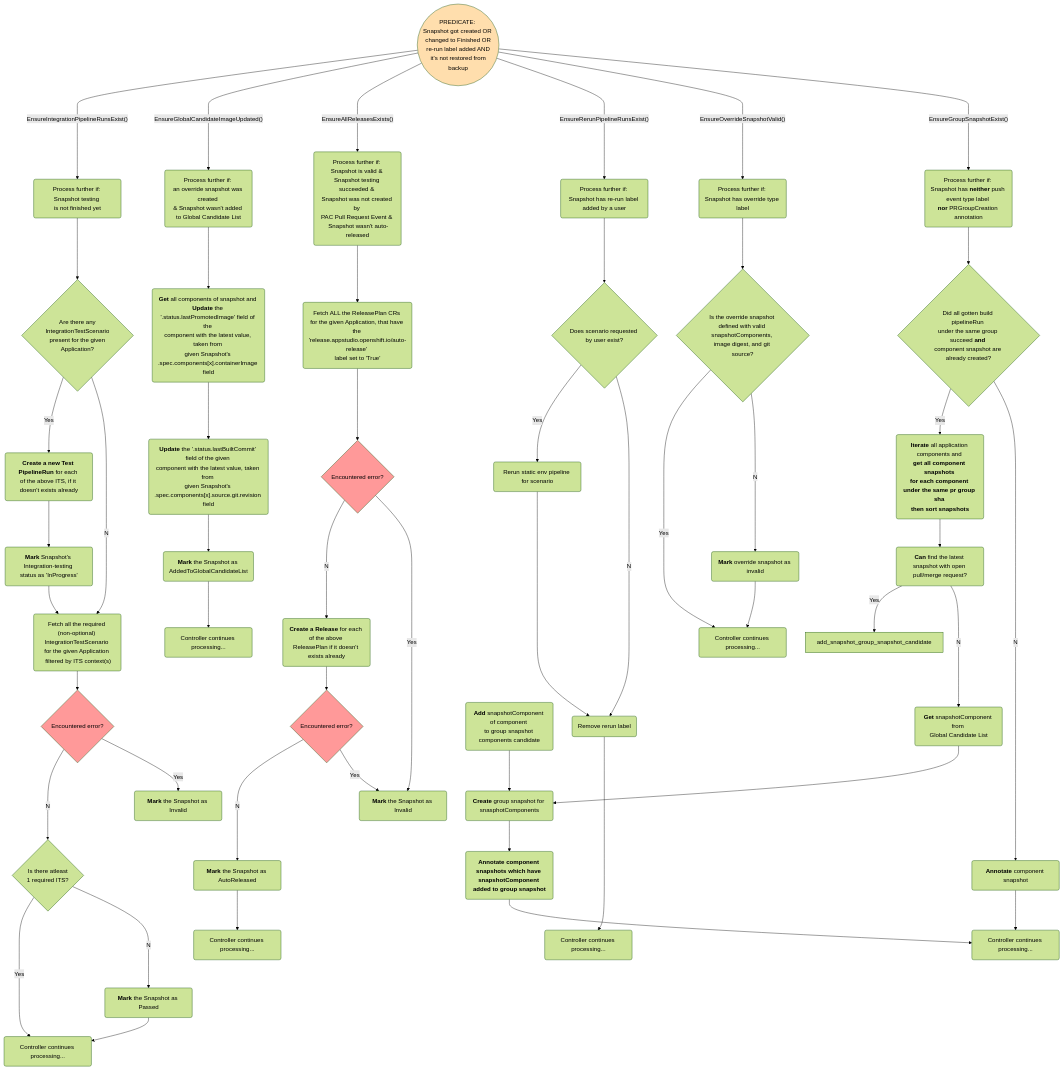
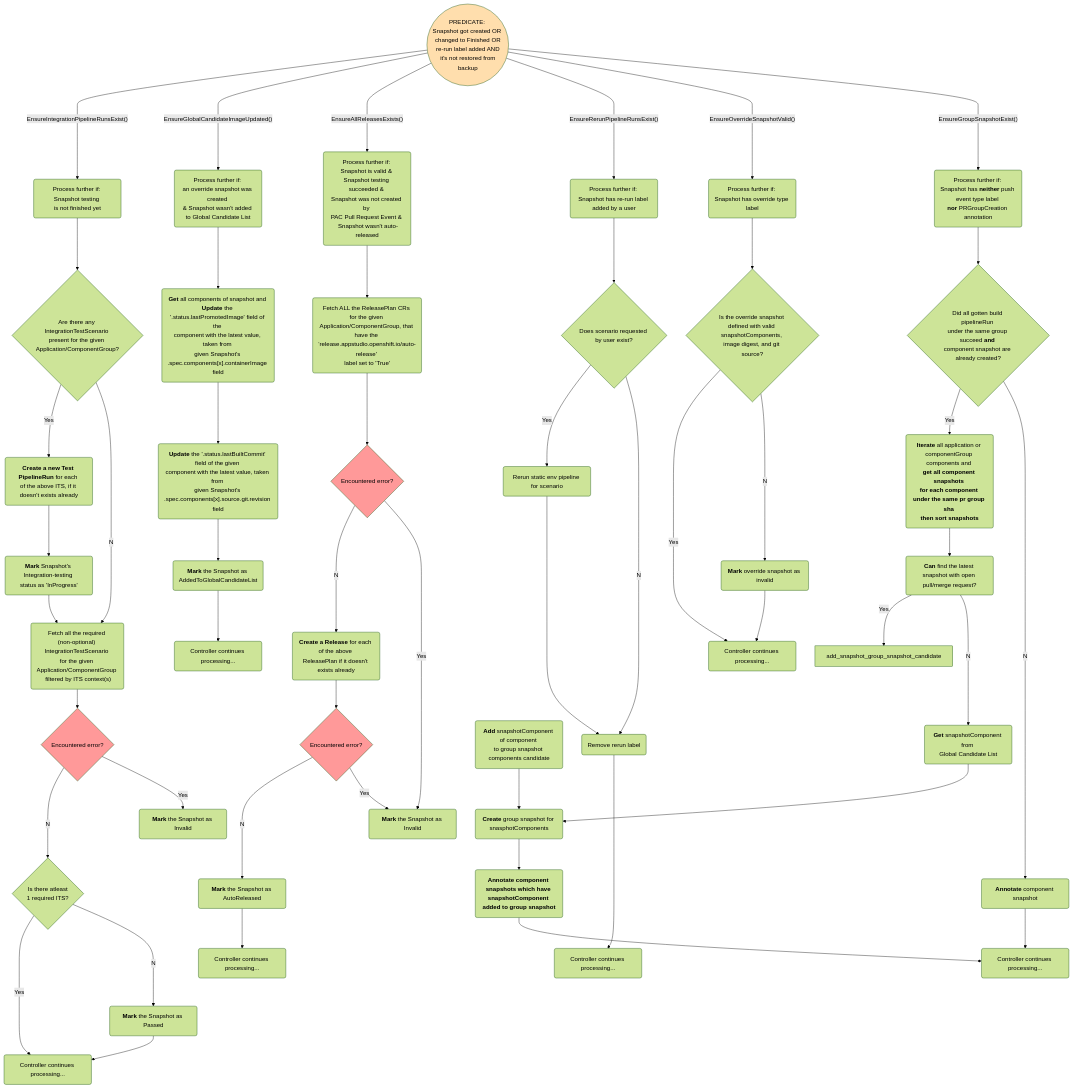
Before and after one commit to konflux-ci/integration-service: the diagram in docs/snapshot-controller.md, drawn with Mermaid. The commit also changed 20 other files, not shown here.

First line of the commit message:
feat(STONEINTG-1519): add filtering for componentGroup PR groups

```diff
--- a/docs/snapshot-controller.md
+++ b/docs/snapshot-controller.md
@@ -14,10 +14,10 @@
 
   %% Node definitions
   ensure1(Process further if: Snapshot testing <br>is not finished yet)
-  are_there_any_ITS{"Are there any <br>IntegrationTestScenario <br>present for the given <br>Application?"}
+  are_there_any_ITS{"Are there any <br>IntegrationTestScenario <br>present for the given <br>Application/ComponentGroup?"}
   create_new_test_PLR(<b>Create a new Test PipelineRun</b> for each <br>of the above ITS, if it doesn't exists already)
   mark_snapshot_InProgress(<b>Mark</b> Snapshot's Integration-testing <br>status as 'InProgress')
-  fetch_all_required_ITS("Fetch all the required <br>(non-optional) IntegrationTestScenario <br>for the given Application <br> filtered by ITS context(s)")
+  fetch_all_required_ITS("Fetch all the required <br>(non-optional) IntegrationTestScenario <br>for the given Application/ComponentGroup <br> filtered by ITS context(s)")
   encountered_error1{Encountered error?}
   mark_snapshot_Invalid1(<b>Mark</b> the Snapshot as Invalid)
   is_atleast_1_required_ITS{Is there atleast <br>1 required ITS?}
@@ -60,7 +60,7 @@
 
   %% Node definitions
   ensure3(Process further if: Snapshot is valid & <br>Snapshot testing succeeded & <br>Snapshot was not created by <br>PAC Pull Request Event & <br> Snapshot wasn't auto-released)
-  fetch_all_ReleasePlans("Fetch ALL the ReleasePlan CRs <br>for the given Application, that have the <br>'release.appstudio.openshift.io/auto-release' <br>label set to 'True'")
+  fetch_all_ReleasePlans("Fetch ALL the ReleasePlan CRs <br>for the given Application/ComponentGroup, that have the <br>'release.appstudio.openshift.io/auto-release' <br>label set to 'True'")
   encountered_error31{Encountered error?}
   create_Release(<b>Create a Release</b> for each of the above <br>ReleasePlan if it doesn't exists already)
   encountered_error32{Encountered error?}
@@ -120,7 +120,7 @@
   ensure5(Process further if: Snapshot has <b>neither</b> push event type label <br><b>nor</b> PRGroupCreation annotation)
   validate_build_pipelinerun{Did all gotten build pipelineRun <br>under the same group <br>succeed <b>and</b> <br>component snapshot are already created?}
   annotate_component_snapshot(<b>Annotate</b> component snapshot)
-  get_component_snapshots_and_sort(<b>Iterate</b> all application components and <br><b>get<b/> all component snapshots <br>for each component under the same pr group sha <br>then <b>sort</b> snapshots)
+  get_component_snapshots_and_sort(<b>Iterate</b> all application or componentGroup components and <br><b>get<b/> all component snapshots <br>for each component under the same pr group sha <br>then <b>sort</b> snapshots)
   can_find_snapshotComponent_from_latest_snapshot(<b>Can</b> find the latest snapshot with open pull/merge request?)
   add_snapshot_to_group_snapshot_candidate(<b>Add</b> snapshotComponent of component <br>to group snapshot components candidate)
   get_snapshotComponent_from_gcl(<b>Get</b> snapshotComponent from <br>Global Candidate List)
```
